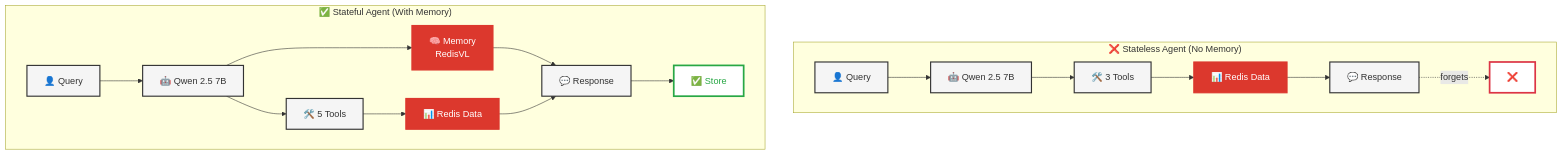
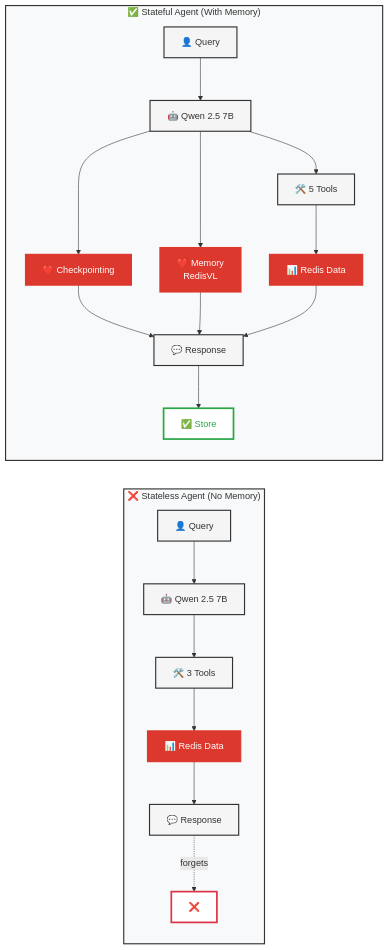
One commit to AllieRays/redis-wellness changed the diagram in README.md. Above: the diagram before and after it, drawn with Mermaid. The commit also changed other lines of this file and 1 other file, not shown here.

````diff
--- a/README.md
+++ b/README.md
@@ -58,37 +58,43 @@
 ```mermaid
-flowchart TB
+flowchart LR
     subgraph Stateless["❌ Stateless Agent (No Memory)"]
-        direction LR
+        direction TB
         Q1["👤 Query"] --> A1["🤖 Qwen 2.5 7B"]
         A1 --> T1["🛠️ 3 Tools"]
         T1 --> R1["📊 Redis Data"]
         R1 --> Res1["💬 Response"]
         Res1 -."forgets".-> F1["❌"]
     end
 
     subgraph Stateful["✅ Stateful Agent (With Memory)"]
-        direction LR
+        direction TB
         Q2["👤 Query"] --> A2["🤖 Qwen 2.5 7B"]
-        A2 --> M2["🧠 Memory<br/>RedisVL"]
+        A2 --> C2["❤️ Checkpointing"]
+        A2 --> M2["❤️ Memory<br/>RedisVL"]
         A2 --> T2["🛠️ 5 Tools"]
         T2 --> R2["📊 Redis Data"]
-        M2 --> Res2["💬 Response"]
+        C2 --> Res2["💬 Response"]
+        M2 --> Res2
         R2 --> Res2
         Res2 --> S2["✅ Store"]
     end
 
     style Q1 fill:#f5f5f5,stroke:#333,stroke-width:2px
     style A1 fill:#f5f5f5,stroke:#333,stroke-width:2px
     style T1 fill:#f5f5f5,stroke:#333,stroke-width:2px
     style R1 fill:#dc382d,stroke:#dc382d,stroke-width:2px,color:#fff
     style Res1 fill:#f5f5f5,stroke:#333,stroke-width:2px
     style F1 fill:#fff,stroke:#dc3545,stroke-width:3px,color:#dc3545
 
     style Q2 fill:#f5f5f5,stroke:#333,stroke-width:2px
     style A2 fill:#f5f5f5,stroke:#333,stroke-width:2px
+    style C2 fill:#dc382d,stroke:#dc382d,stroke-width:2px,color:#fff
     style M2 fill:#dc382d,stroke:#dc382d,stroke-width:2px,color:#fff
     style T2 fill:#f5f5f5,stroke:#333,stroke-width:2px
     style R2 fill:#dc382d,stroke:#dc382d,stroke-width:2px,color:#fff
     style Res2 fill:#f5f5f5,stroke:#333,stroke-width:2px
     style S2 fill:#fff,stroke:#28a745,stroke-width:3px,color:#28a745
+
+    style Stateless fill:#f8f9fa,stroke:#333,stroke-width:2px
+    style Stateful fill:#f8f9fa,stroke:#333,stroke-width:2px
 ```
````
